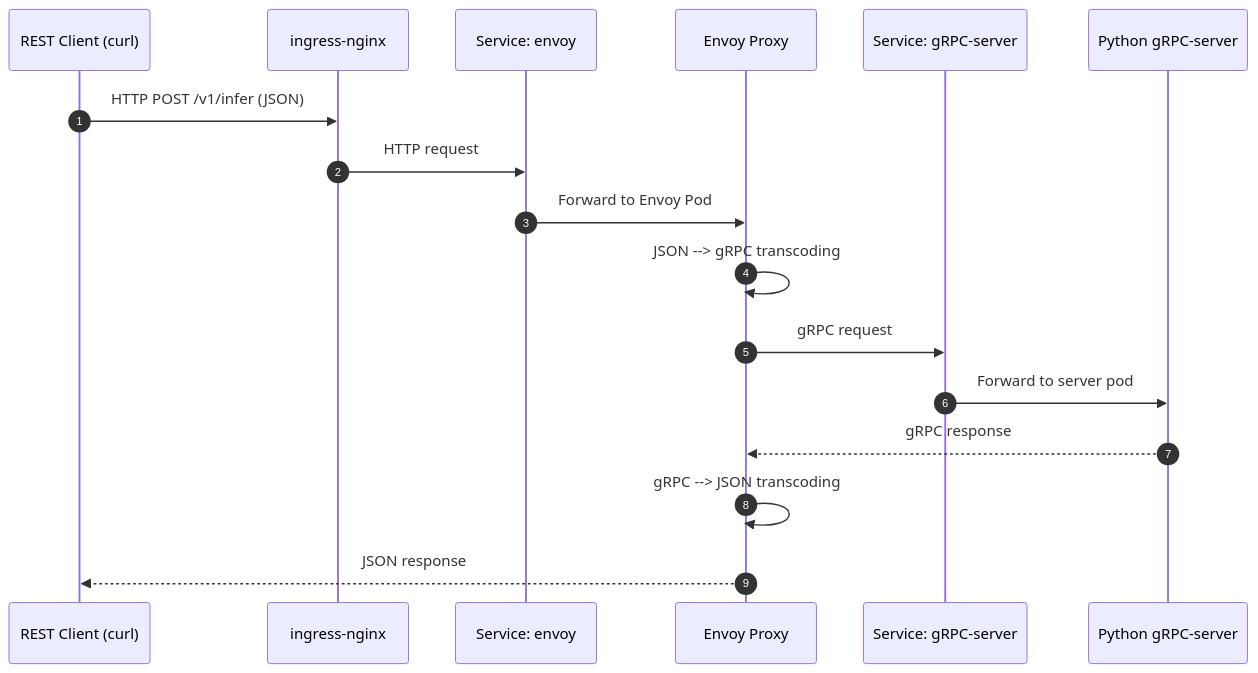
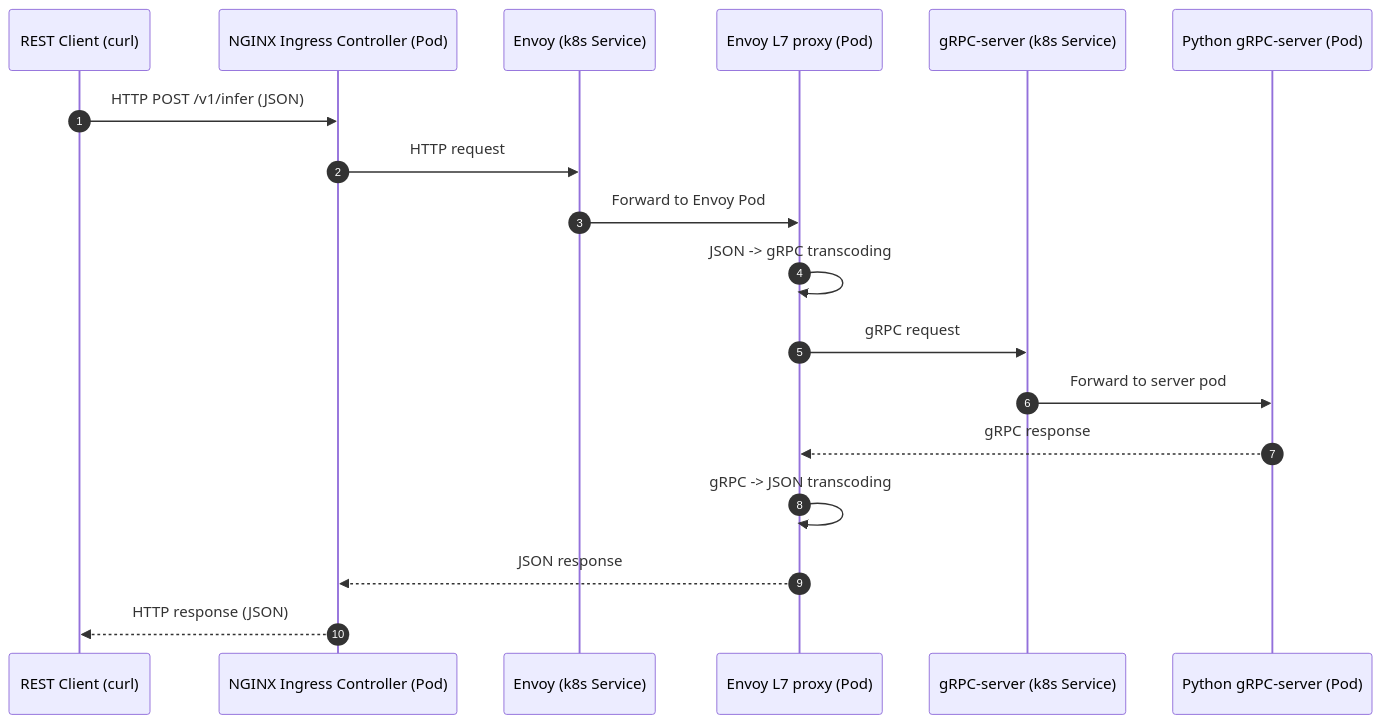
Before and after one commit to refuel-code-135/k8s-ml-inference-platform: the first of 7 diagrams in README.md, drawn with Mermaid.

````diff
--- a/README.md
+++ b/README.md
@@ -5,21 +5,23 @@
 ```mermaid
 sequenceDiagram
     autonumber
 
     participant Client as REST Client (curl)
-    participant Ingress as ingress-nginx
-    participant EnvoySvc as Service: envoy
-    participant Envoy as Envoy Proxy
-    participant GrpcSvc as Service: gRPC-server
-    participant Grpc as Python gRPC-server
+    participant Ingress as NGINX Ingress Controller (Pod)
+    participant EnvoySvc as Envoy (k8s Service) 
+    participant Envoy as Envoy L7 proxy (Pod)
+    participant GrpcSvc as gRPC-server (k8s Service) 
+    participant Grpc as Python gRPC-server (Pod)
 
     Client->>Ingress: HTTP POST /v1/infer (JSON)
     Ingress->>EnvoySvc: HTTP request
     EnvoySvc->>Envoy: Forward to Envoy Pod
-    Envoy->>Envoy: JSON --> gRPC transcoding
+    Envoy->>Envoy: JSON -> gRPC transcoding
     Envoy->>GrpcSvc: gRPC request
     GrpcSvc->>Grpc: Forward to server pod
     Grpc-->>Envoy: gRPC response
-    Envoy->>Envoy: gRPC --> JSON transcoding
-    Envoy-->>Client: JSON response
+    Envoy->>Envoy: gRPC -> JSON transcoding
+    Envoy-->>Ingress: JSON response
+    Ingress-->>Client: HTTP response (JSON)
+
 ```
````
